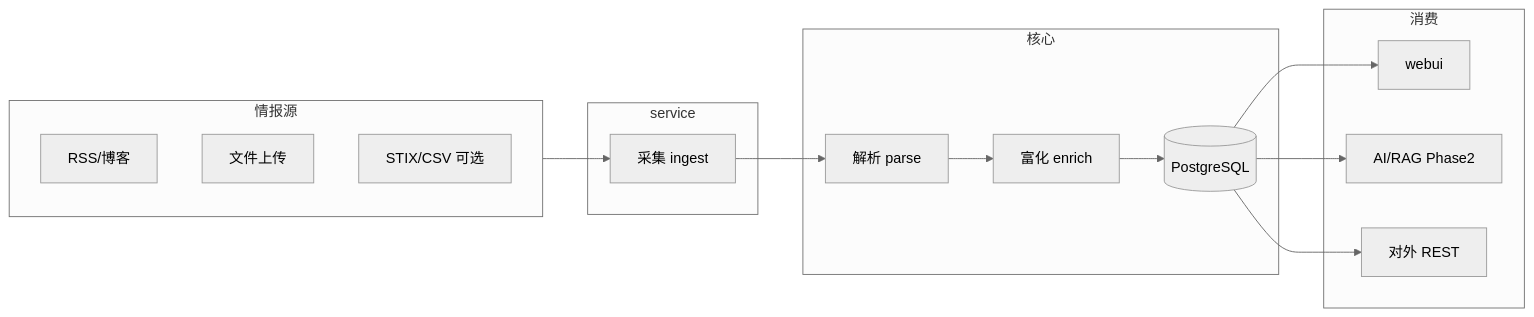
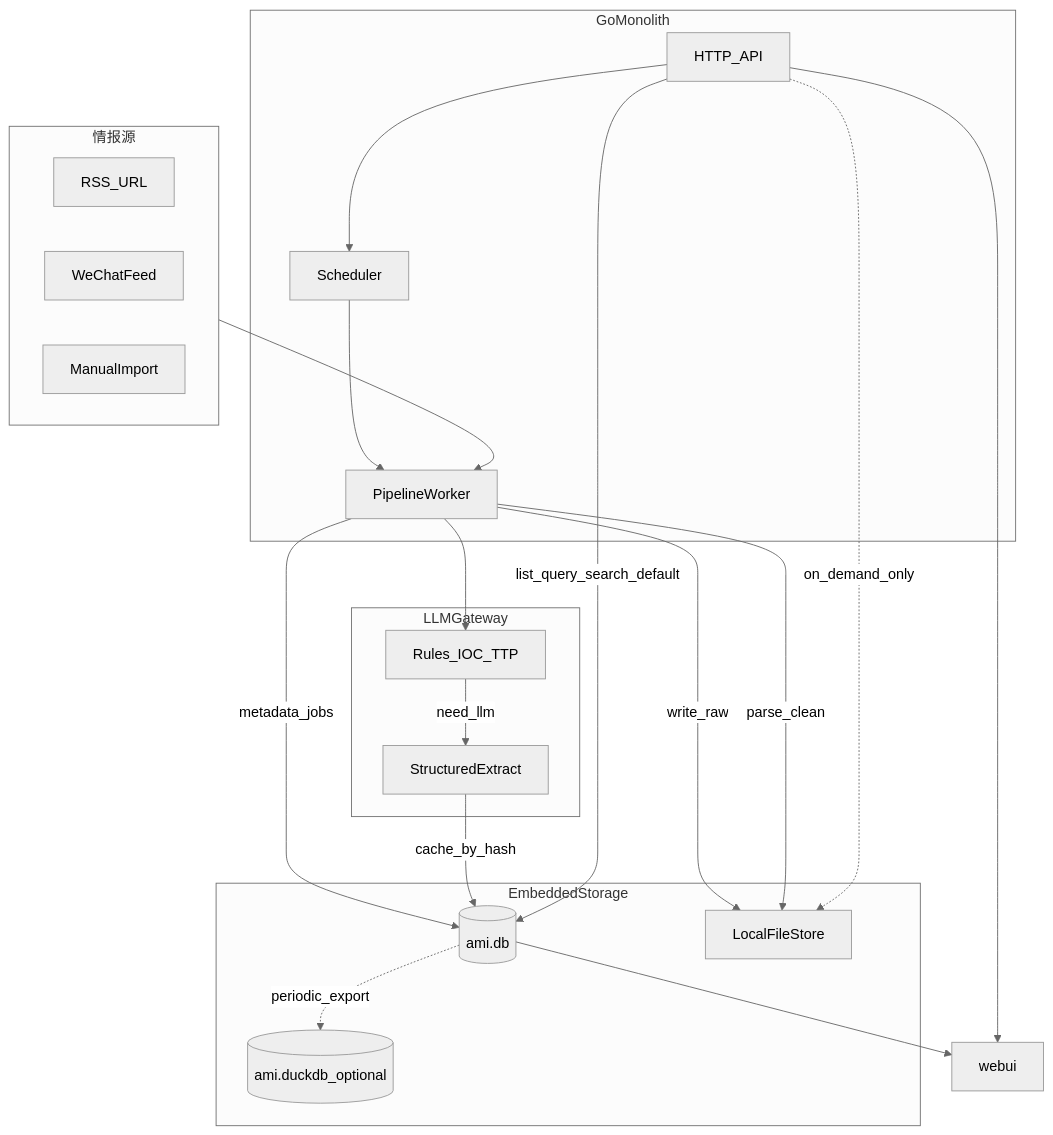
One commit to maskcao/AMI changed the third of 7 diagrams in docs/design.md. Above: the diagram before and after it, drawn with Mermaid (neutral theme). The commit also changed other lines of this file and 439 other files, not shown here.

````diff
--- a/docs/design.md
+++ b/docs/design.md
@@ -95,25 +96,36 @@
 ```mermaid
-flowchart LR
+flowchart TB
   subgraph sources [情报源]
-    RSS[RSS/博客]
-    File[文件上传]
-    Feed[STIX/CSV 可选]
+    RSS[RSS_URL]
+    WX[WeChatFeed]
+    Push[ManualImport]
   end
-  subgraph service [service]
-    Ingest[采集 ingest]
+  subgraph runtime [GoMonolith]
+    API[HTTP_API]
+    Sched[Scheduler]
+    Worker[PipelineWorker]
+    API --> Sched
+    Sched --> Worker
   end
-  subgraph core [核心]
-    Parse[解析 parse]
-    Enrich[富化 enrich]
-    KB[(PostgreSQL)]
+  subgraph storage [EmbeddedStorage]
+    SQLite[(ami.db)]
+    FS[LocalFileStore]
+    Duck[(ami.duckdb_optional)]
   end
-  subgraph consume [消费]
-    Web[webui]
-    AI[AI/RAG Phase2]
-    API[对外 REST]
+  subgraph llm [LLMGateway]
+    Rules[Rules_IOC_TTP]
+    LLM[StructuredExtract]
   end
-  sources --> Ingest --> Parse --> Enrich --> KB
-  KB --> Web
-  KB --> AI
-  KB --> API
+  sources --> Worker
+  Worker -->|write_raw| FS
+  Worker -->|metadata_jobs| SQLite
+  Worker -->|parse_clean| FS
+  Worker --> Rules
+  Rules -->|need_llm| LLM
+  LLM -->|cache_by_hash| SQLite
+  API -->|list_query_search_default| SQLite
+  API -.->|on_demand_only| FS
+  SQLite -.->|periodic_export| Duck
+  SQLite --> Web[webui]
+  API --> Web
 ```
````
